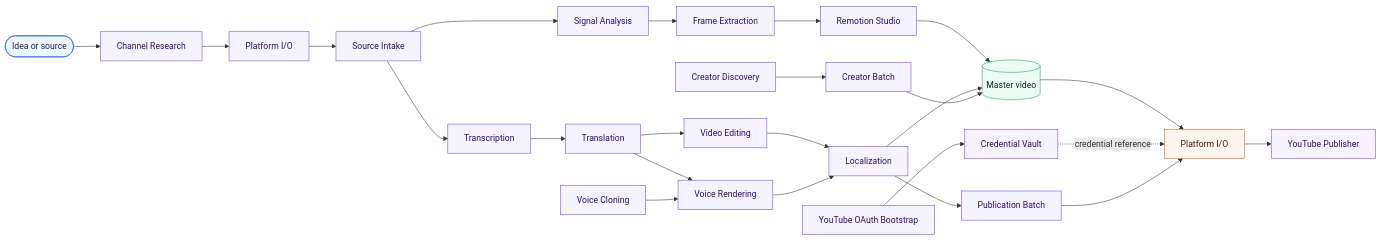
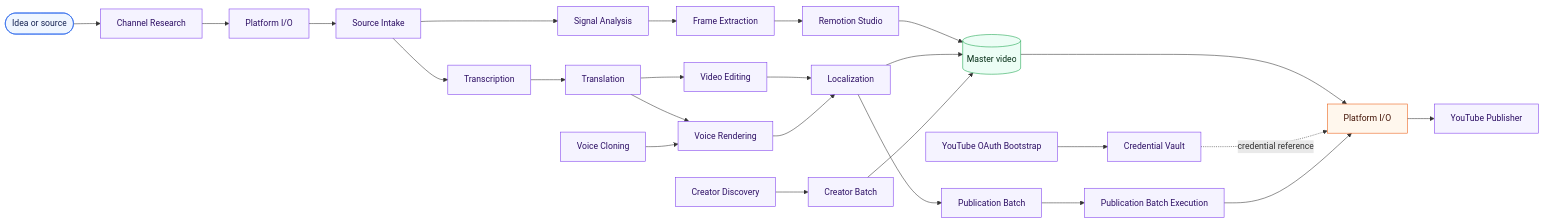
Before and after one commit to wohuishuo/cc-video-pipeline: the first of 2 diagrams in README.md, drawn with Mermaid. The commit also changed other lines of this file and 47 other files, not shown here.

First line of the commit message:
feat: add resumable publication batch execution (#25)

````diff
--- a/README.md
+++ b/README.md
@@ -21,35 +21,36 @@
 ```mermaid
 flowchart LR
     idea([Idea or source]) --> research[Channel Research]
     research --> download[Platform I/O]
     download --> intake[Source Intake]
     intake --> transcribe[Transcription]
     transcribe --> translate[Translation]
     translate --> renderVoice[Voice Rendering]
     intake --> signals[Signal Analysis]
     signals --> frames[Frame Extraction]
     translate --> edit[Video Editing]
     frames --> studio[Remotion Studio]
     edit --> localize[Localization]
     voice[Voice Cloning] --> renderVoice
     renderVoice --> localize
     studio --> master[(Master video)]
     localize --> master
     master --> publish[Platform I/O]
     vault[Credential Vault] -. credential reference .-> publish
     publish --> youtubePublisher[YouTube Publisher]
     youtubeOAuth[YouTube OAuth Bootstrap] --> vault
     creatorDiscovery[Creator Discovery] --> creatorBatch[Creator Batch]
     creatorBatch --> master
     localize --> publicationBatch[Publication Batch]
-    publicationBatch --> publish
+    publicationBatch --> publicationBatchExecution[Publication Batch Execution]
+    publicationBatchExecution --> publish
 
     classDef source fill:#eff6ff,stroke:#2563eb,color:#172554;
     classDef app fill:#f5f3ff,stroke:#7c3aed,color:#2e1065;
     classDef artifact fill:#ecfdf5,stroke:#16a34a,color:#052e16;
     classDef external fill:#fff7ed,stroke:#ea580c,color:#431407;
     class idea source;
-    class research,download,intake,transcribe,translate,renderVoice,signals,frames,edit,studio,localize,voice,vault,youtubePublisher,youtubeOAuth,creatorDiscovery,creatorBatch,publicationBatch app;
+    class research,download,intake,transcribe,translate,renderVoice,signals,frames,edit,studio,localize,voice,vault,youtubePublisher,youtubeOAuth,creatorDiscovery,creatorBatch,publicationBatch,publicationBatchExecution app;
     class master artifact;
     class publish external;
 ```
````
